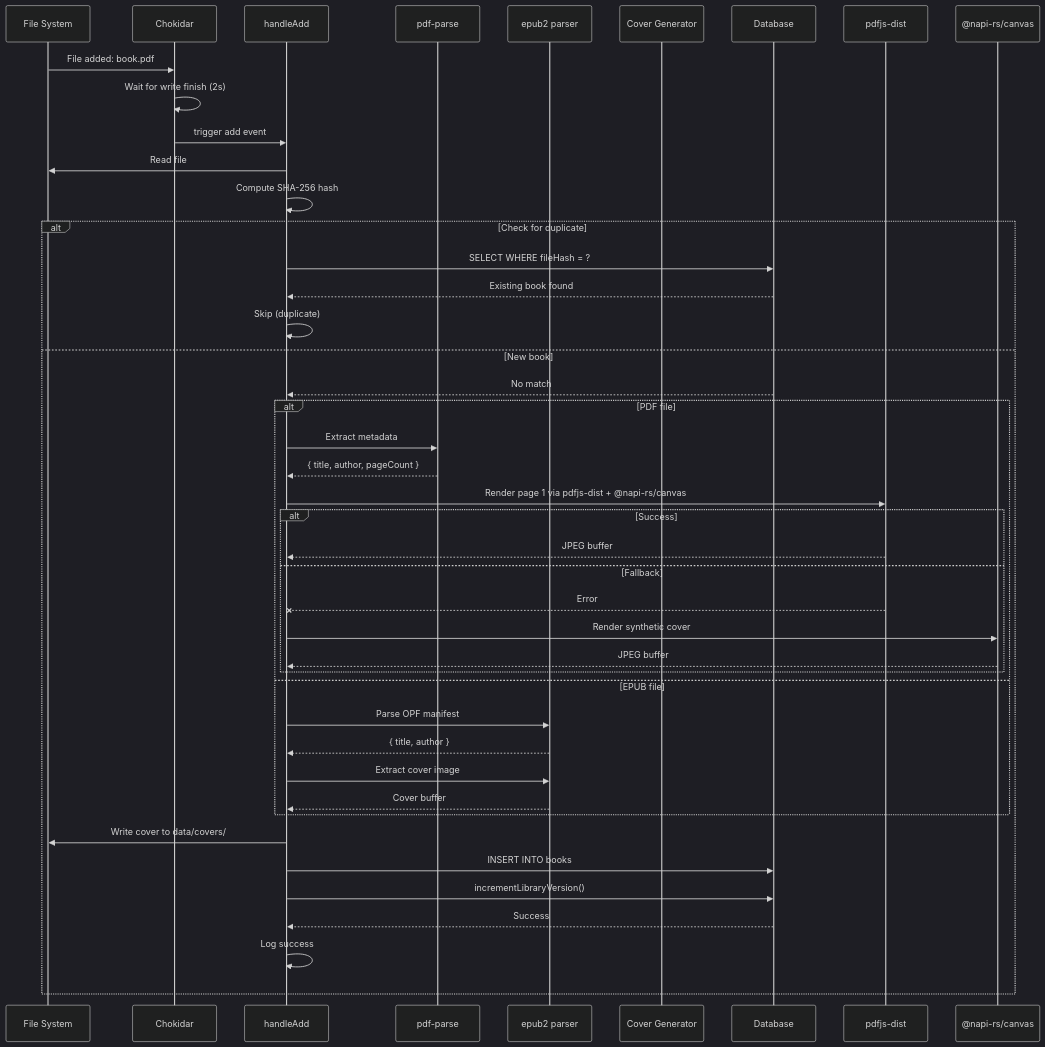
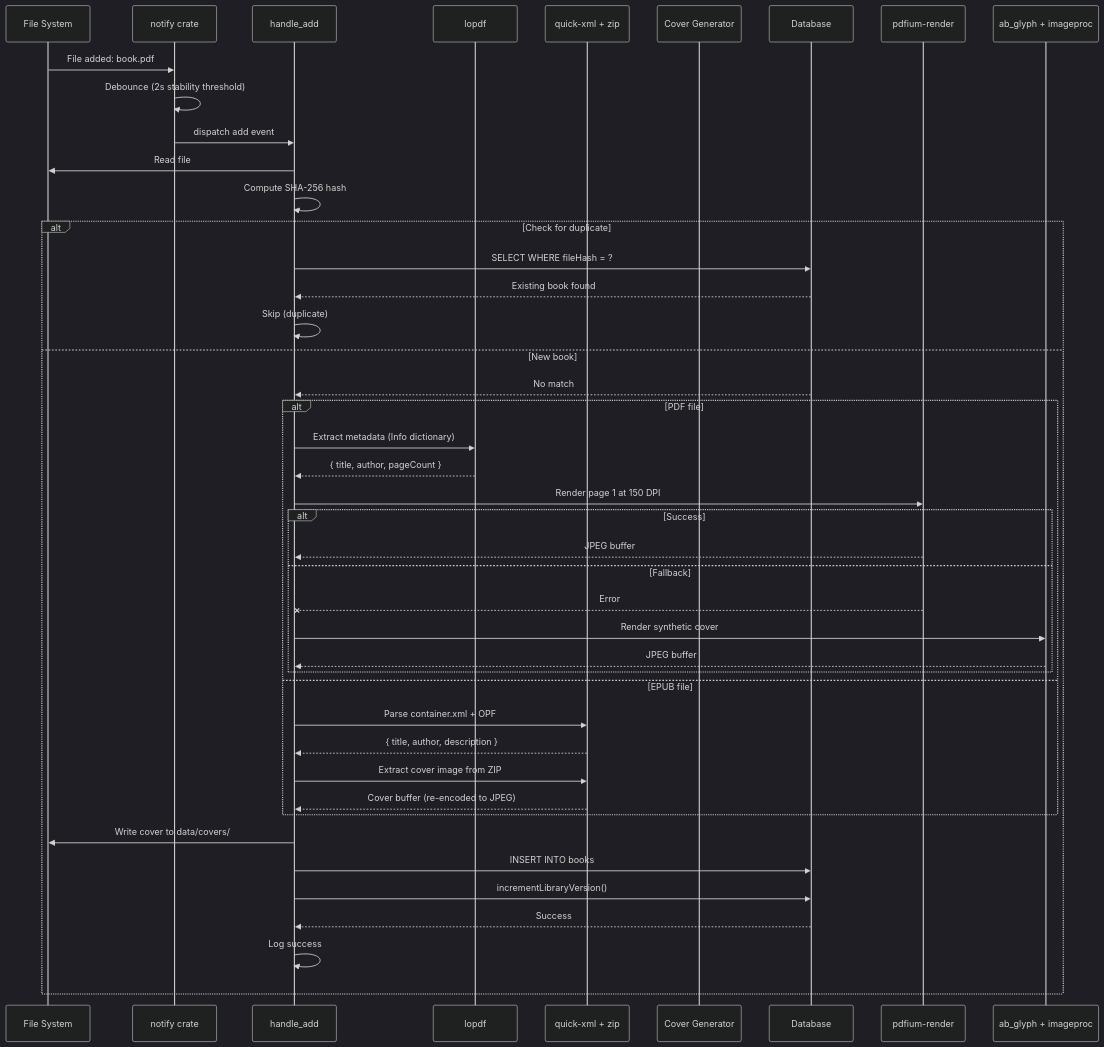
One commit to jamesacklin/alex changed the second of 10 diagrams in docs/design/sequence-diagrams.md. Above: the diagram before and after it, drawn with Mermaid (dark theme). The commit also changed other lines of this file and 3 other files, not shown here.

First line of the commit message:
docs: Update architecture documentation for Rust migration

````diff
--- a/docs/design/sequence-diagrams.md
+++ b/docs/design/sequence-diagrams.md
@@ -82,52 +82,52 @@
 ```mermaid
 sequenceDiagram
     participant FS as File System
-    participant Chokidar
-    participant Handler as handleAdd
-    participant PDF as pdf-parse
-    participant EPUB as epub2 parser
+    participant Notify as notify crate
+    participant Handler as handle_add
+    participant PDF as lopdf
+    participant EPUB as quick-xml + zip
     participant CoverGen as Cover Generator
     participant DB as Database
-    participant PdfJs as pdfjs-dist
-    participant Canvas as @napi-rs/canvas
+    participant Pdfium as pdfium-render
+    participant Glyph as ab_glyph + imageproc
 
-    FS->>Chokidar: File added: book.pdf
-    Chokidar->>Chokidar: Wait for write finish (2s)
-    Chokidar->>Handler: trigger add event
+    FS->>Notify: File added: book.pdf
+    Notify->>Notify: Debounce (2s stability threshold)
+    Notify->>Handler: dispatch add event
 
     Handler->>FS: Read file
     Handler->>Handler: Compute SHA-256 hash
 
     alt Check for duplicate
         Handler->>DB: SELECT WHERE fileHash = ?
         DB-->>Handler: Existing book found
         Handler->>Handler: Skip (duplicate)
     else New book
         DB-->>Handler: No match
 
         alt PDF file
-            Handler->>PDF: Extract metadata
+            Handler->>PDF: Extract metadata (Info dictionary)
             PDF-->>Handler: { title, author, pageCount }
-            Handler->>PdfJs: Render page 1 via pdfjs-dist + @napi-rs/canvas
+            Handler->>Pdfium: Render page 1 at 150 DPI
             alt Success
-                PdfJs-->>Handler: JPEG buffer
+                Pdfium-->>Handler: JPEG buffer
             else Fallback
-                PdfJs--xHandler: Error
-                Handler->>Canvas: Render synthetic cover
-                Canvas-->>Handler: JPEG buffer
+                Pdfium--xHandler: Error
+                Handler->>Glyph: Render synthetic cover
+                Glyph-->>Handler: JPEG buffer
             end
         else EPUB file
-            Handler->>EPUB: Parse OPF manifest
-            EPUB-->>Handler: { title, author }
-            Handler->>EPUB: Extract cover image
-            EPUB-->>Handler: Cover buffer
+            Handler->>EPUB: Parse container.xml + OPF
+            EPUB-->>Handler: { title, author, description }
+            Handler->>EPUB: Extract cover image from ZIP
+            EPUB-->>Handler: Cover buffer (re-encoded to JPEG)
         end
 
         Handler->>FS: Write cover to data/covers/
         Handler->>DB: INSERT INTO books
         Handler->>DB: incrementLibraryVersion()
         DB-->>Handler: Success
 
         Handler->>Handler: Log success
     end
 ```
````
